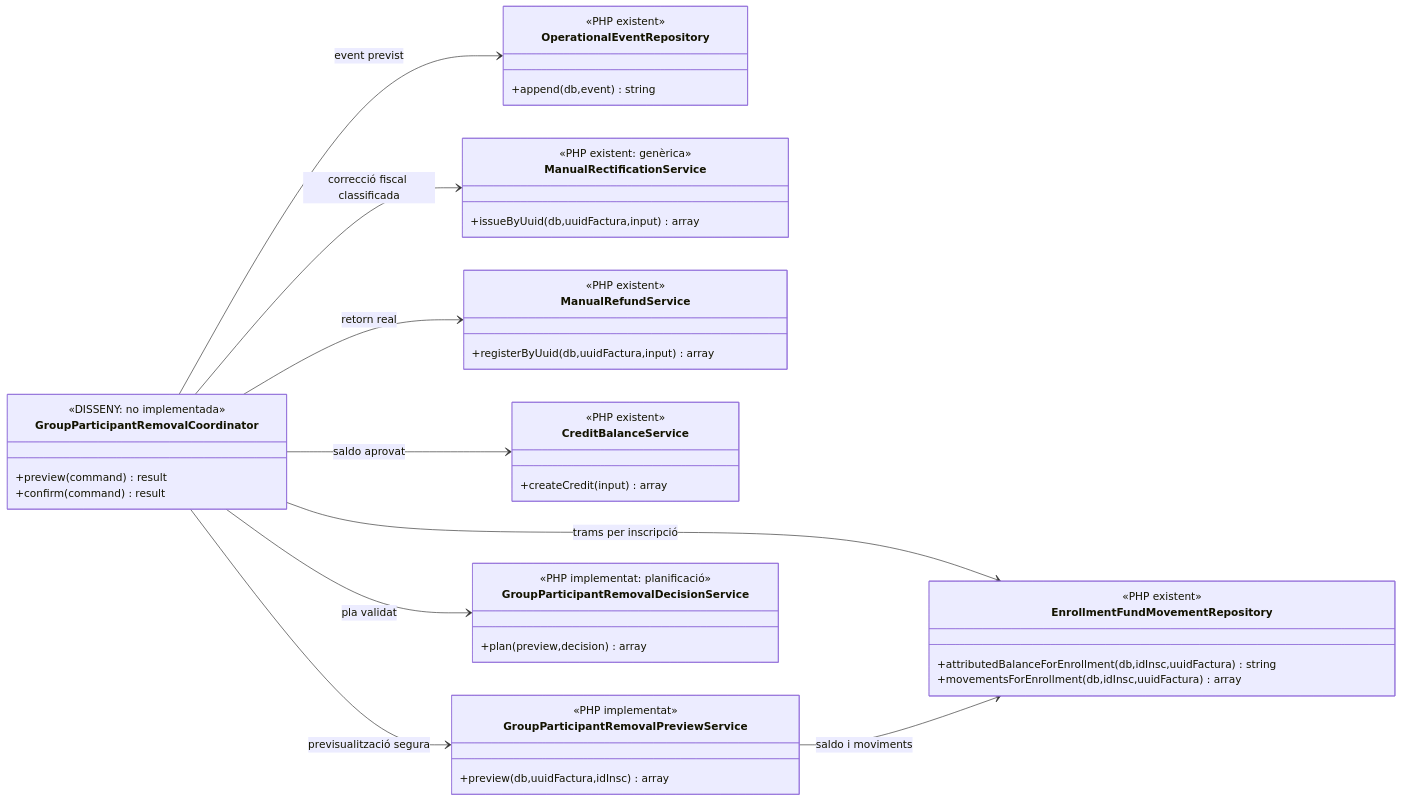
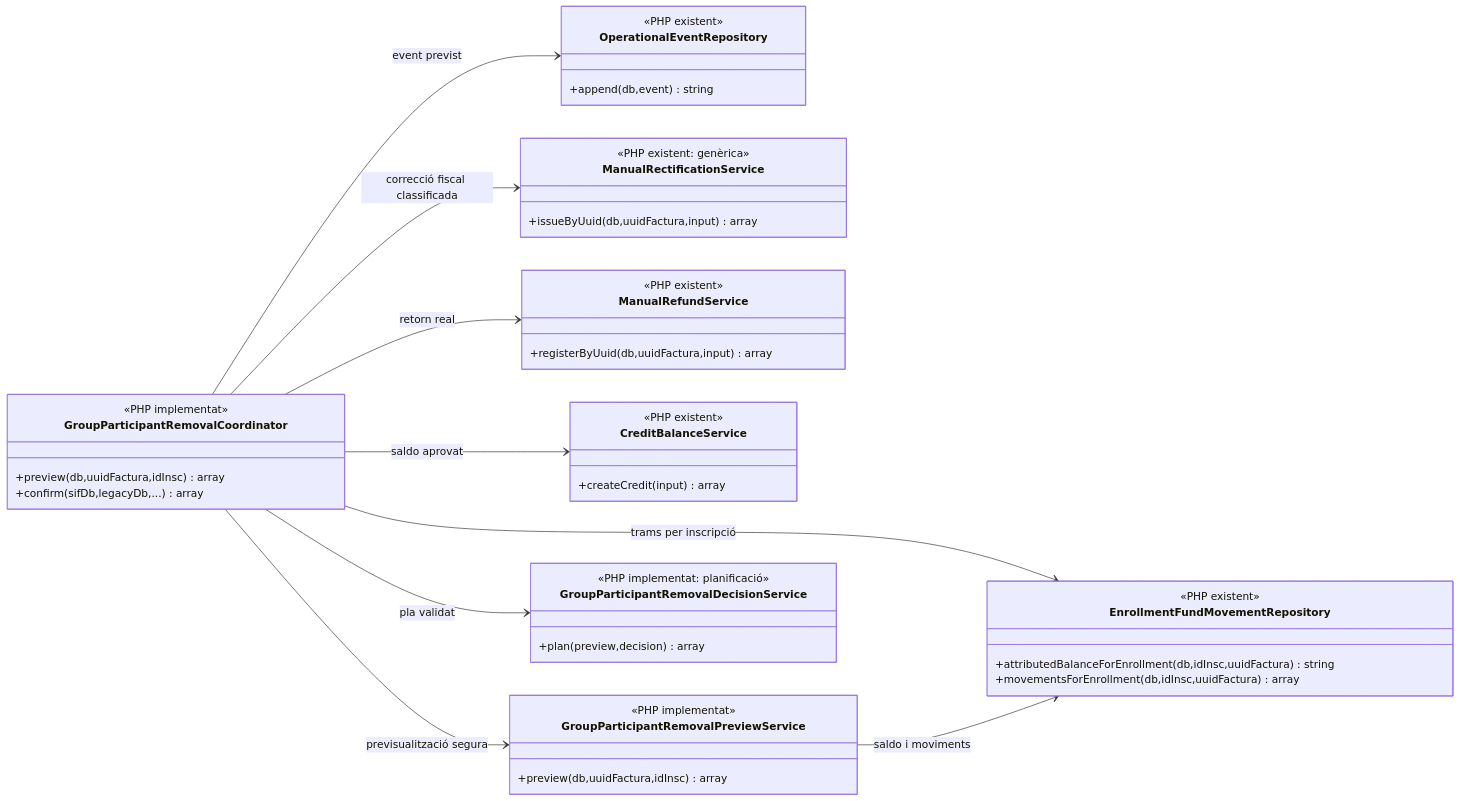
The third of 5 diagrams in documentacio/07-uml-integrat/uc-016b-treure-participant-grup-emes.md (orgmeriemprismacat-del/verifactu), drawn with Mermaid before and after one commit. The commit also changed other lines of this file, not shown here.

````diff
--- a/documentacio/07-uml-integrat/uc-016b-treure-participant-grup-emes.md
+++ b/documentacio/07-uml-integrat/uc-016b-treure-participant-grup-emes.md
@@ -116,46 +116,46 @@
 ```mermaid
 classDiagram
 direction LR
 class GroupParticipantRemovalCoordinator {
- <<DISSENY: no implementada>>
- +preview(command) result
- +confirm(command) result
+ <<PHP implementat>>
+ +preview(db,uuidFactura,idInsc) array
+ +confirm(sifDb,legacyDb,...) array
 }
 class OperationalEventRepository {
  <<PHP existent>>
  +append(db,event) string
 }
 class ManualRectificationService {
  <<PHP existent: genèrica>>
  +issueByUuid(db,uuidFactura,input) array
 }
 class ManualRefundService {
  <<PHP existent>>
  +registerByUuid(db,uuidFactura,input) array
 }
 class CreditBalanceService {
  <<PHP existent>>
  +createCredit(input) array
 }
 class EnrollmentFundMovementRepository {
  <<PHP existent>>
  +attributedBalanceForEnrollment(db,idInsc,uuidFactura) string
  +movementsForEnrollment(db,idInsc,uuidFactura) array
 }
 class GroupParticipantRemovalPreviewService {
  <<PHP implementat>>
  +preview(db,uuidFactura,idInsc) array
 }
 class GroupParticipantRemovalDecisionService {
  <<PHP implementat: planificació>>
  +plan(preview,decision) array
 }
 GroupParticipantRemovalCoordinator --> OperationalEventRepository : event previst
 GroupParticipantRemovalCoordinator --> ManualRectificationService : correcció fiscal classificada
 GroupParticipantRemovalCoordinator --> ManualRefundService : retorn real
 GroupParticipantRemovalCoordinator --> CreditBalanceService : saldo aprovat
 GroupParticipantRemovalCoordinator --> EnrollmentFundMovementRepository : trams per inscripció
 GroupParticipantRemovalCoordinator --> GroupParticipantRemovalPreviewService : previsualització segura
 GroupParticipantRemovalPreviewService --> EnrollmentFundMovementRepository : saldo i moviments
 GroupParticipantRemovalCoordinator --> GroupParticipantRemovalDecisionService : pla validat
 ```
````
